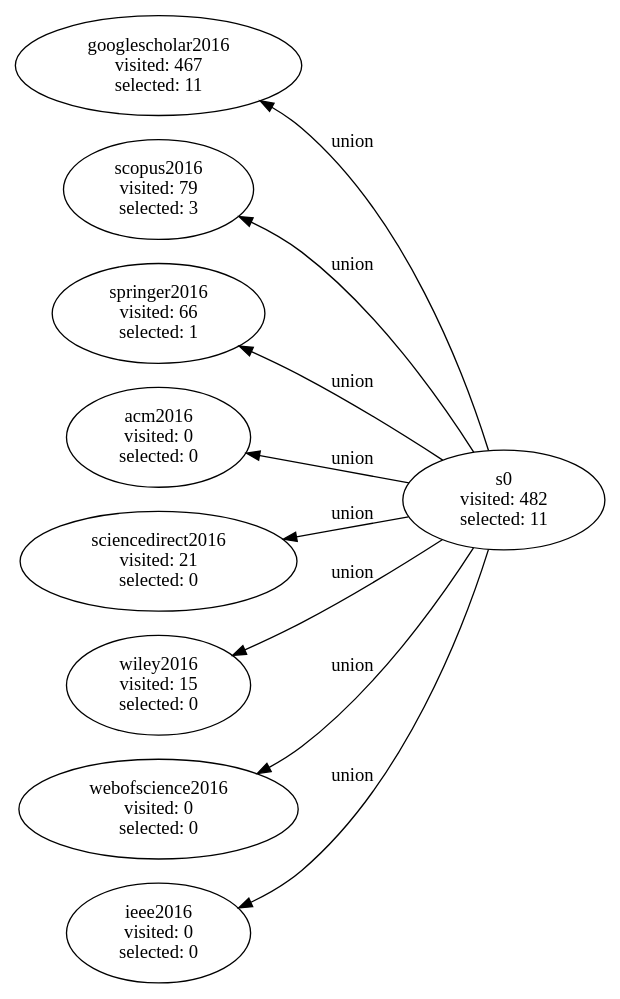
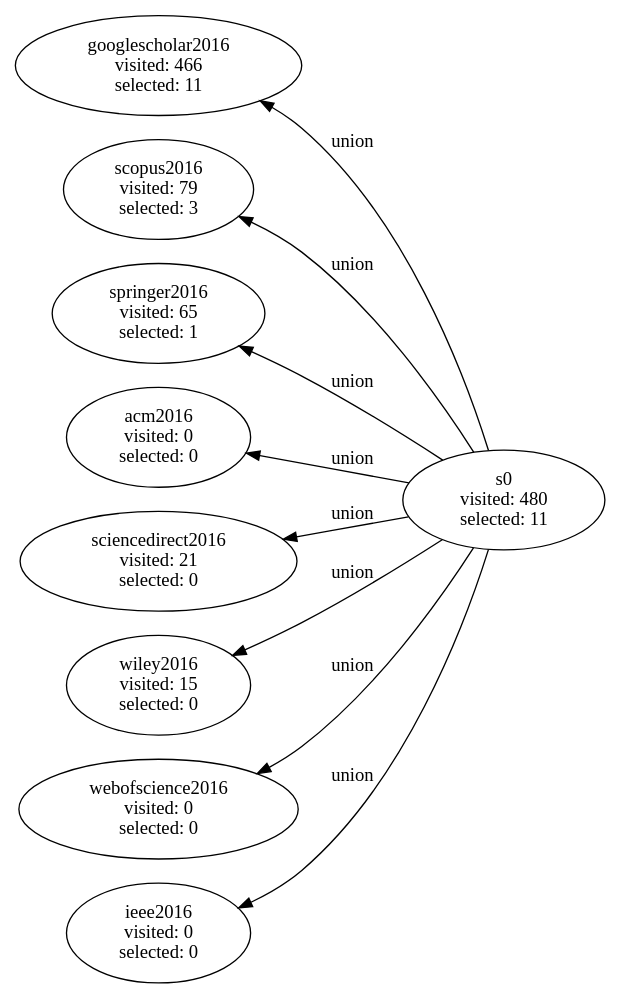
One commit to gems-uff/hybrid-strategies changed the diagram in experiments/experiment_3/notebooks/final.dot. Above: the diagram before and after it, drawn with Graphviz. The commit also changed 8 other files, not shown here.

```diff
--- a/experiments/experiment_3/notebooks/final.dot
+++ b/experiments/experiment_3/notebooks/final.dot
@@ -1,30 +1,30 @@
 digraph G {
   rankdir="RL";
 
-  s0 [label="s0\n visited: 482\n selected: 11"];
+  s0 [label="s0\n visited: 480\n selected: 11"];
   s0 -> googlescholar2016 [label="union"];
   s0 -> scopus2016 [label="union"];
   s0 -> springer2016 [label="union"];
   s0 -> acm2016 [label="union"];
   s0 -> sciencedirect2016 [label="union"];
   s0 -> wiley2016 [label="union"];
   s0 -> webofscience2016 [label="union"];
   s0 -> ieee2016 [label="union"];
 
-  googlescholar2016 [label="googlescholar2016\n visited: 467\n selected: 11"];
+  googlescholar2016 [label="googlescholar2016\n visited: 466\n selected: 11"];
 
   scopus2016 [label="scopus2016\n visited: 79\n selected: 3"];
 
-  springer2016 [label="springer2016\n visited: 66\n selected: 1"];
+  springer2016 [label="springer2016\n visited: 65\n selected: 1"];
 
   acm2016 [label="acm2016\n visited: 0\n selected: 0"];
 
   sciencedirect2016 [label="sciencedirect2016\n visited: 21\n selected: 0"];
 
   wiley2016 [label="wiley2016\n visited: 15\n selected: 0"];
 
   webofscience2016 [label="webofscience2016\n visited: 0\n selected: 0"];
 
   ieee2016 [label="ieee2016\n visited: 0\n selected: 0"];
 
 }
```
